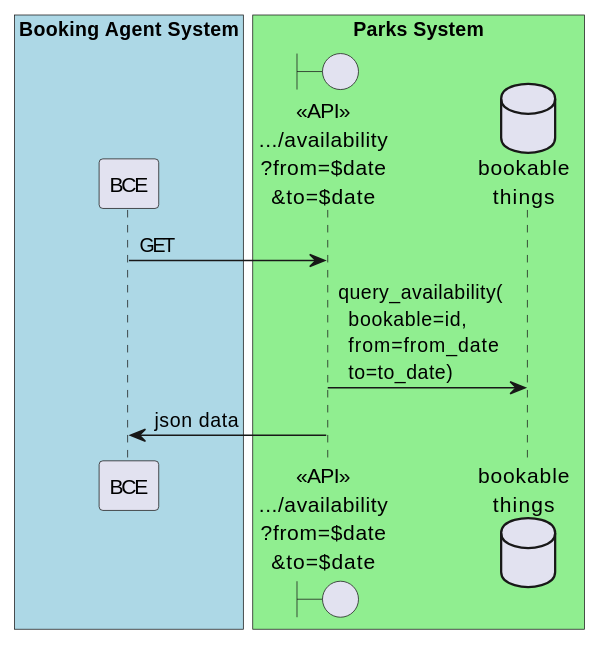
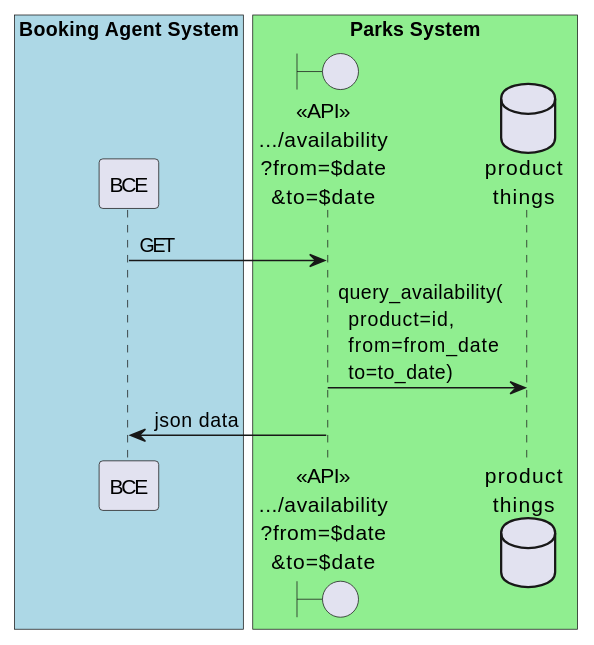
One commit to koriaf/parks-bce-integration-bookable-things changed the second of 2 diagrams in api.rst. Above: the diagram before and after it, drawn with PlantUML. The commit also changed other lines of this file, not shown here.

```diff
--- a/api.rst
+++ b/api.rst
@@ -287,12 +287,12 @@
 .. uml::
 
    box "Booking Agent System" #lightblue
       participant BCE
    end box
    box "Parks System" #lightgreen
       boundary "<<API>>\n.../availability\n?from=$date\n&to=$date" as get_availability
-      database "bookable\nthings" as bookable_things
+      database "product\nthings" as product_things
    end box
    BCE -> get_availability: GET
-   get_availability -> bookable_things: query_availability(\n  bookable=id,\n  from=from_date\n  to=to_date)
+   get_availability -> product_things: query_availability(\n  product=id,\n  from=from_date\n  to=to_date)
    get_availability -> BCE: json data
```
